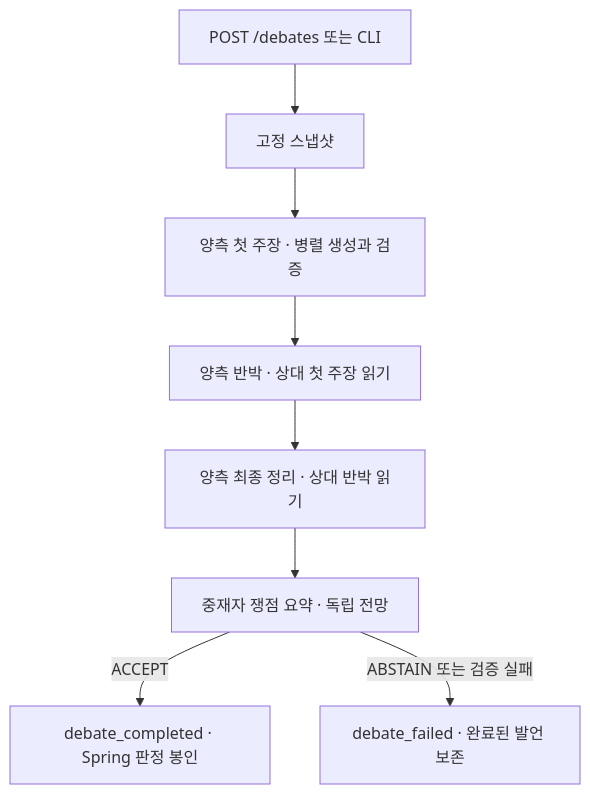
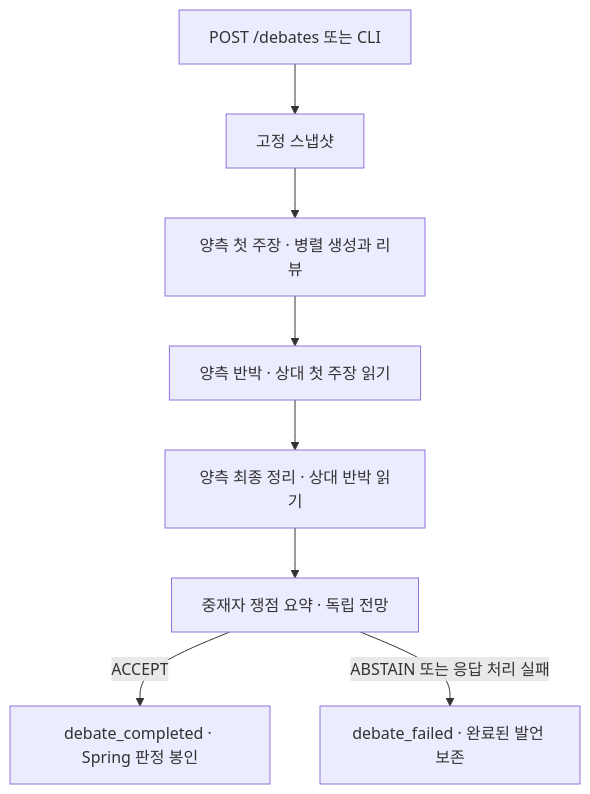
One commit to ricky00-dev/bull-and-bear changed the second of 2 diagrams in ai-worker/README.md. Above: the diagram before and after it, drawn with Mermaid. The commit also changed other lines of this file and 61 other files, not shown here.

````diff
--- a/ai-worker/README.md
+++ b/ai-worker/README.md
@@ -244,10 +253,10 @@
 ```mermaid
 flowchart TD
     Request["POST /debates 또는 CLI"] --> Snapshot["고정 스냅샷"]
-    Snapshot --> Opening["양측 첫 주장 · 병렬 생성과 검증"]
+    Snapshot --> Opening["양측 첫 주장 · 병렬 생성과 리뷰"]
     Opening --> Rebuttal["양측 반박 · 상대 첫 주장 읽기"]
     Rebuttal --> Closing["양측 최종 정리 · 상대 반박 읽기"]
     Closing --> Moderator["중재자 쟁점 요약 · 독립 전망"]
     Moderator -->|ACCEPT| Done["debate_completed · Spring 판정 봉인"]
-    Moderator -->|ABSTAIN 또는 검증 실패| Failed["debate_failed · 완료된 발언 보존"]
+    Moderator -->|ABSTAIN 또는 응답 처리 실패| Failed["debate_failed · 완료된 발언 보존"]
 ```
````
